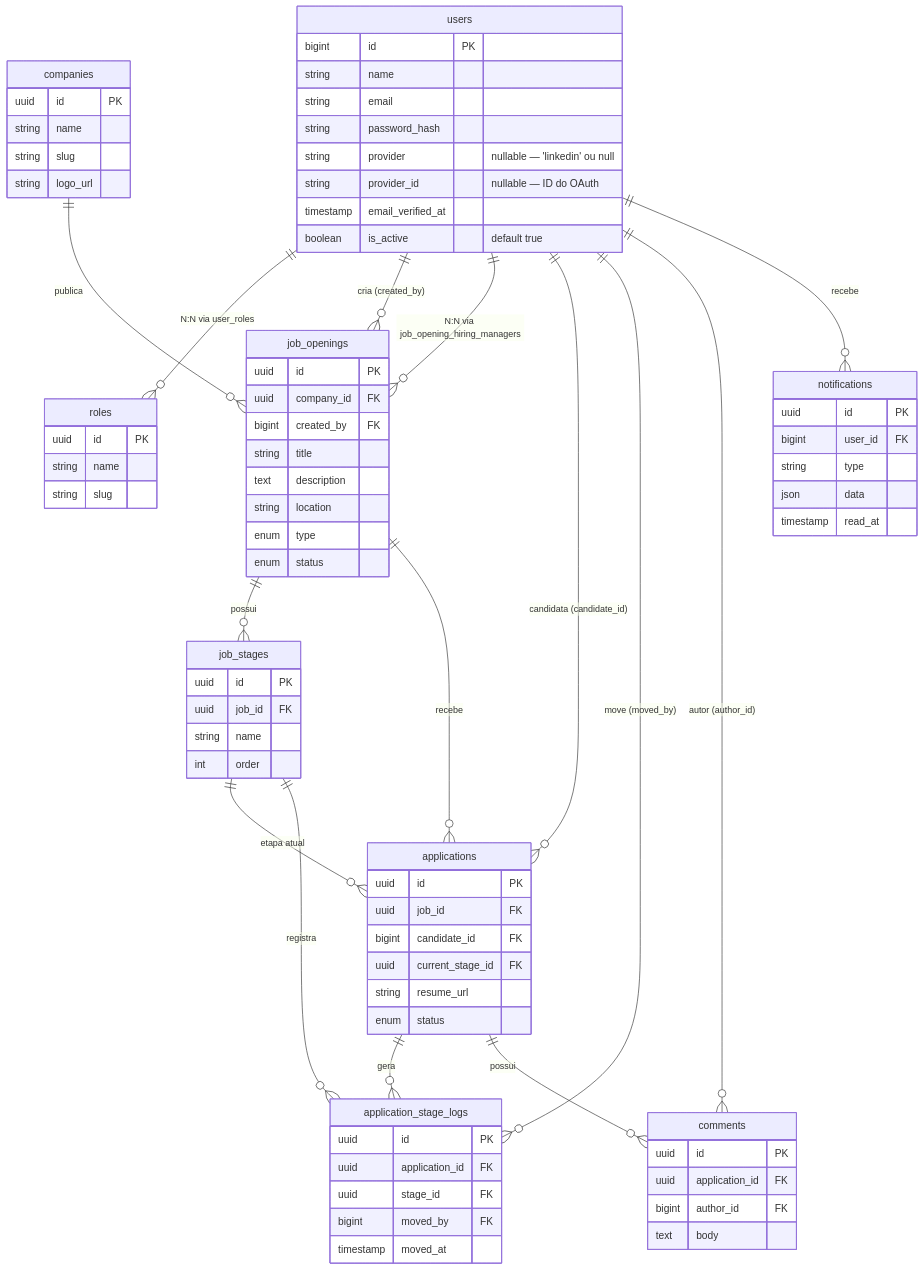
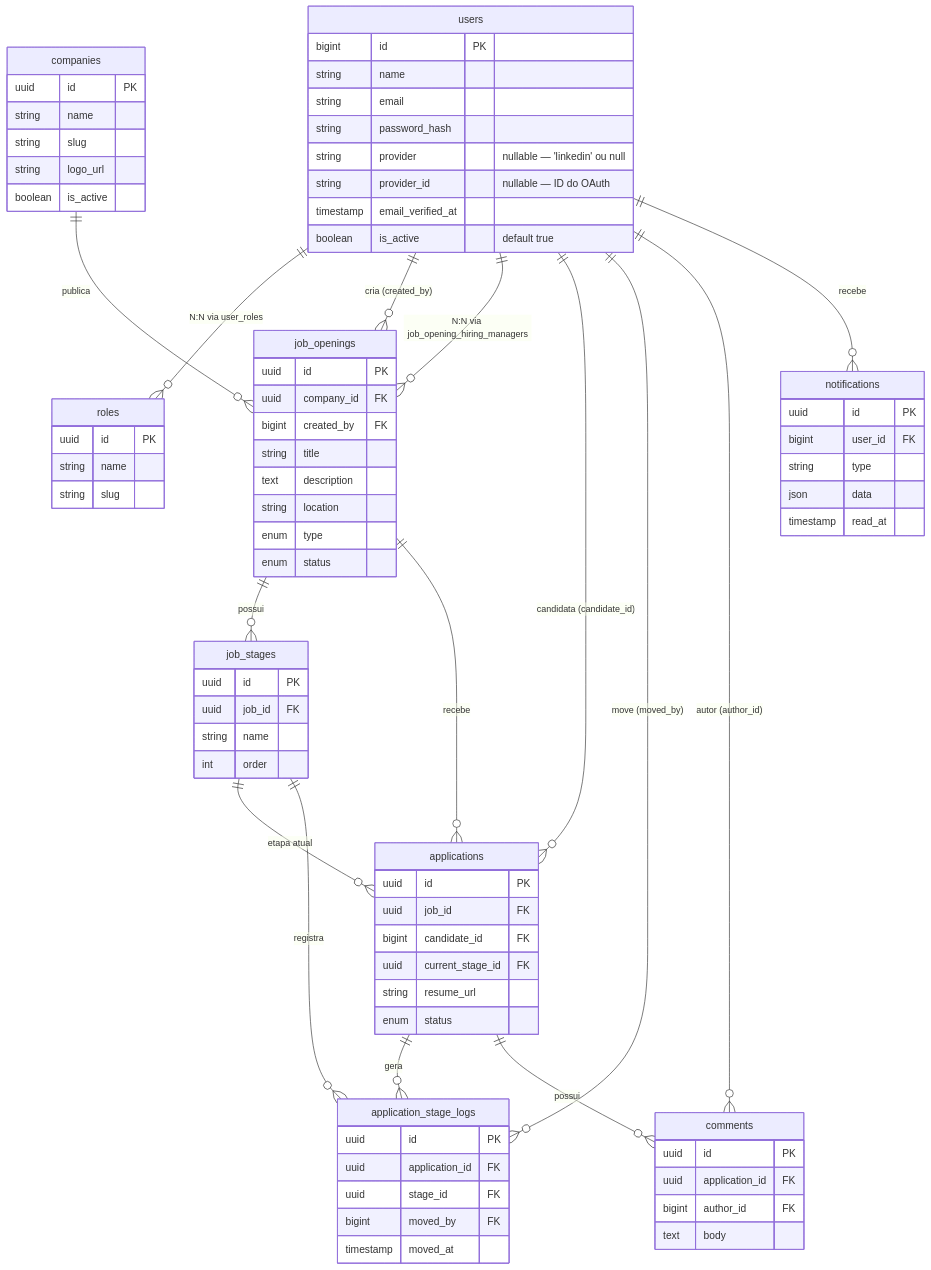
One commit to stxrdust999/hireflow-api changed the diagram in docs/03-database.md. Above: the diagram before and after it, drawn with Mermaid. The commit also changed other lines of this file and 1 other file, not shown here.

```diff
--- a/docs/03-database.md
+++ b/docs/03-database.md
@@ -56,6 +56,7 @@
         string name
         string slug
         string logo_url
+        boolean is_active
     }
     job_openings {
         uuid id PK
```
